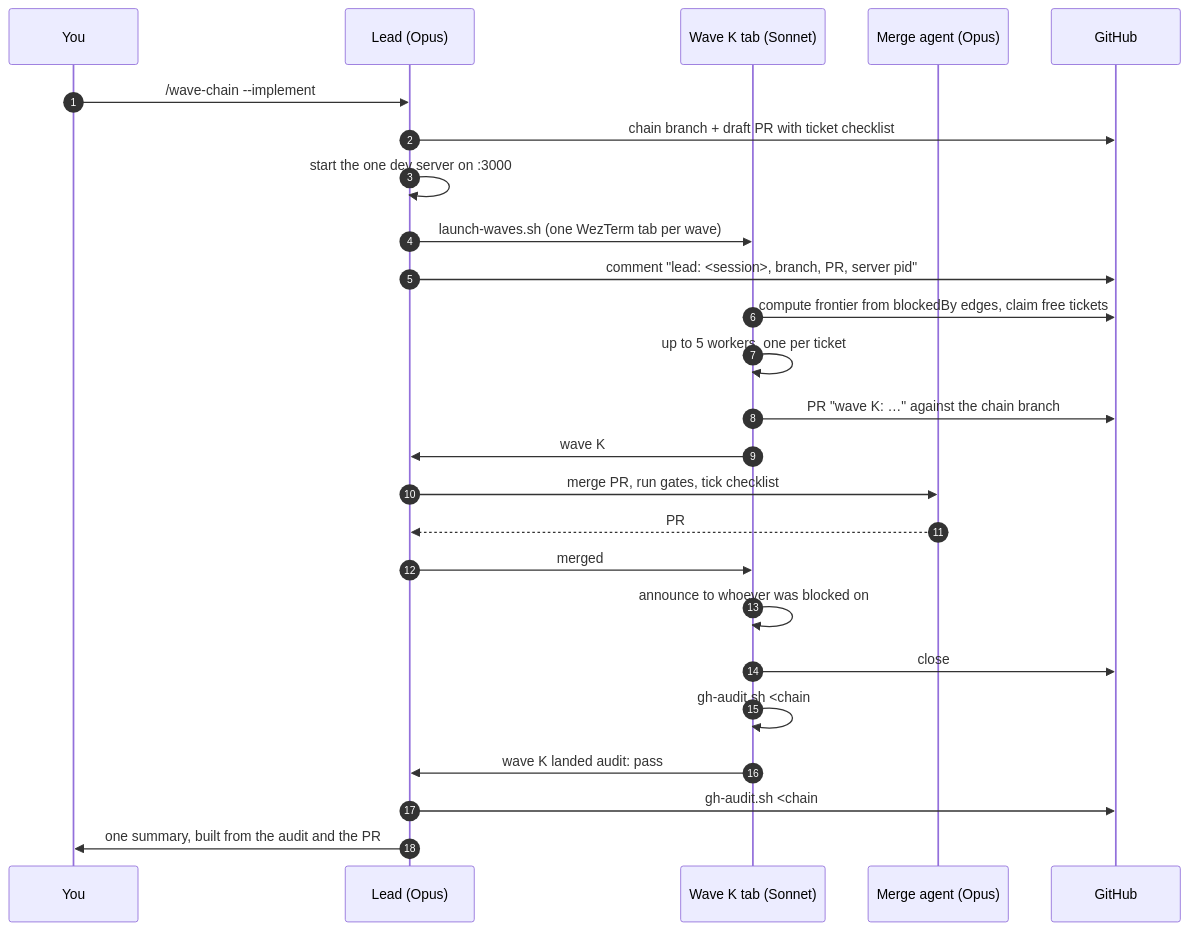
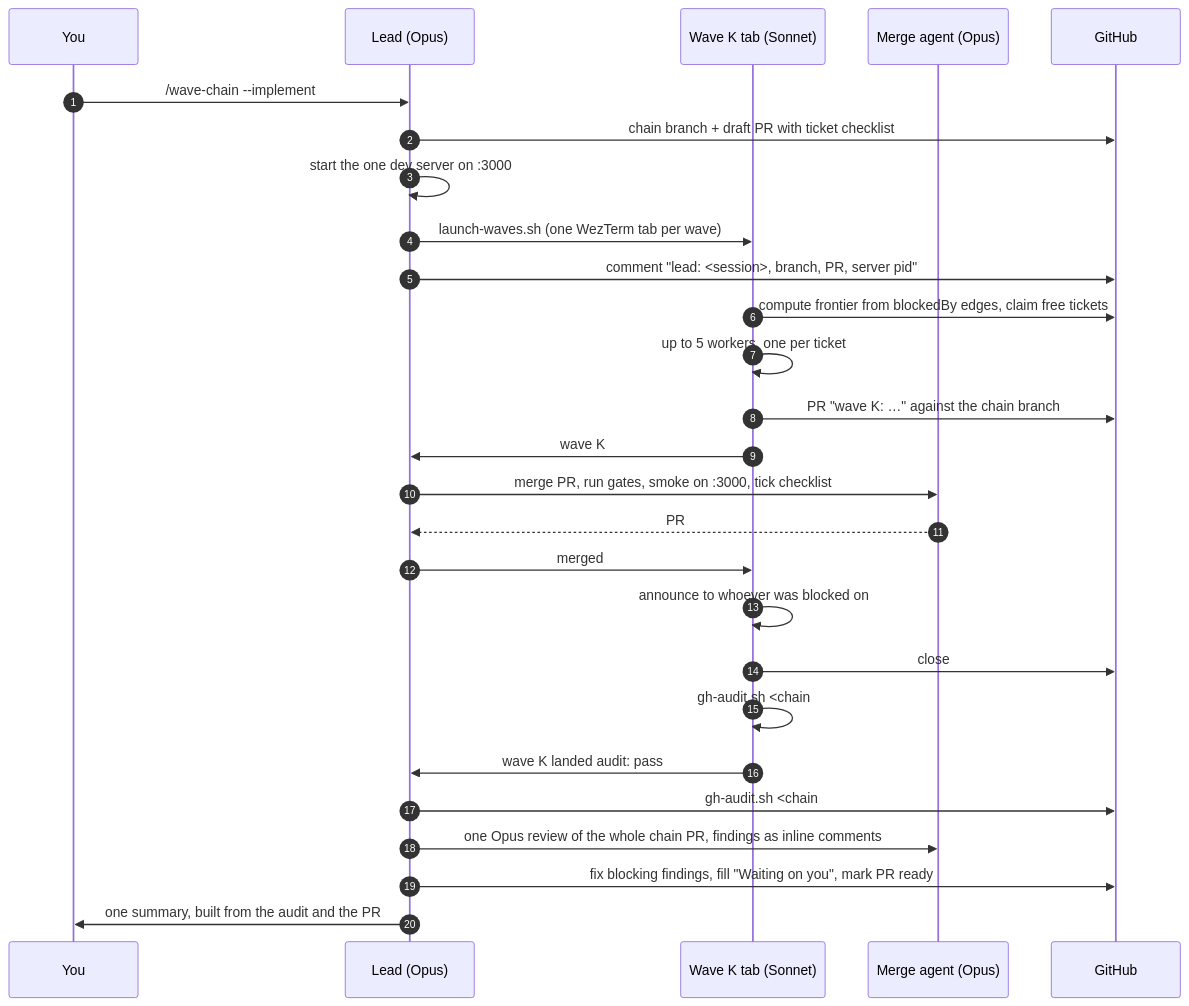
One commit to kouroshcodes/Public-Skills changed the diagram in wave-chain/README.md. Above: the diagram before and after it, drawn with Mermaid. The commit also changed other lines of this file, not shown here.

Commit message:
wave-chain README: relaunch, rolling launch, handover, smoke and review in the sequence

````diff
--- a/wave-chain/README.md
+++ b/wave-chain/README.md
@@ -44,28 +45,30 @@
 ```mermaid
 sequenceDiagram
     autonumber
     participant K as You
     participant L as Lead (Opus)
     participant W as Wave K tab (Sonnet)
     participant M as Merge agent (Opus)
     participant G as GitHub
 
     K->>L: /wave-chain --implement
     L->>G: chain branch + draft PR with ticket checklist
     L->>L: start the one dev server on :3000
     L->>W: launch-waves.sh (one WezTerm tab per wave)
     L->>G: comment "lead: <session>, branch, PR, server pid"
     W->>G: compute frontier from blockedBy edges, claim free tickets
     W->>W: up to 5 workers, one per ticket
     W->>G: PR "wave K: …" against the chain branch
     W->>L: wave K  #12  ready  <PR>
-    L->>M: merge PR, run gates, tick checklist
-    M-->>L: PR #201 · merged · gates pass · conflicts none
+    L->>M: merge PR, run gates, smoke on :3000, tick checklist
+    M-->>L: PR #201 · merged · gates pass · smoke pass · conflicts none
     L->>W: merged
     W->>W: announce to whoever was blocked on #12
     W->>G: close #12 with PR link + file:line evidence
     W->>W: gh-audit.sh <chain#> K → AUDIT PASS
     W->>L: wave K  landed  audit: pass
-    L->>G: gh-audit.sh <chain#> → AUDIT PASS, fill "Waiting on you", mark PR ready
+    L->>G: gh-audit.sh <chain#> → AUDIT PASS
+    L->>M: one Opus review of the whole chain PR, findings as inline comments
+    L->>G: fix blocking findings, fill "Waiting on you", mark PR ready
     L->>K: one summary, built from the audit and the PR
 ```
````
